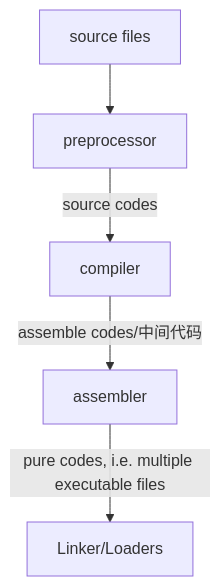
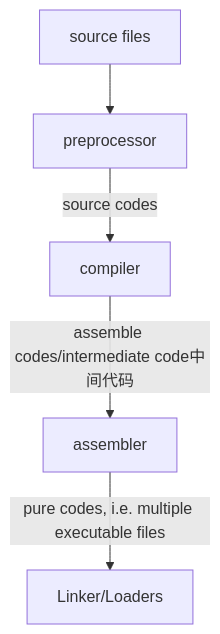
One commit to DCMMC/Notes changed the diagram in 编译原理学习笔记.md. Above: the diagram before and after it, drawn with Mermaid.

Commit message:
修改文件: 编译原理学习笔记.md

````diff
--- a/编译原理学习笔记.md
+++ b/编译原理学习笔记.md
@@ -43,7 +43,7 @@
 ```mermaid!
 graph TD;
 	id[source files] --> preprocessor;
 	preprocessor-- source codes -->compiler;
-	compiler-- assemble codes/中间代码 -->assembler;
+	compiler-- assemble codes/intermediate code中间代码 -->assembler;
 	assembler-- pure codes, i.e. multiple executable files -->id1[Linker/Loaders];
 ```
````
